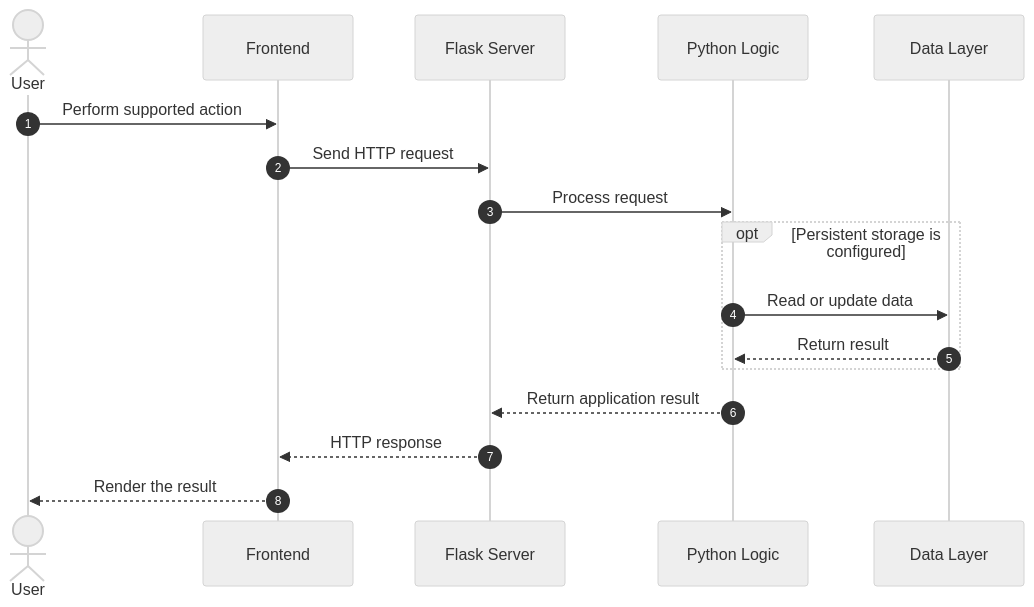
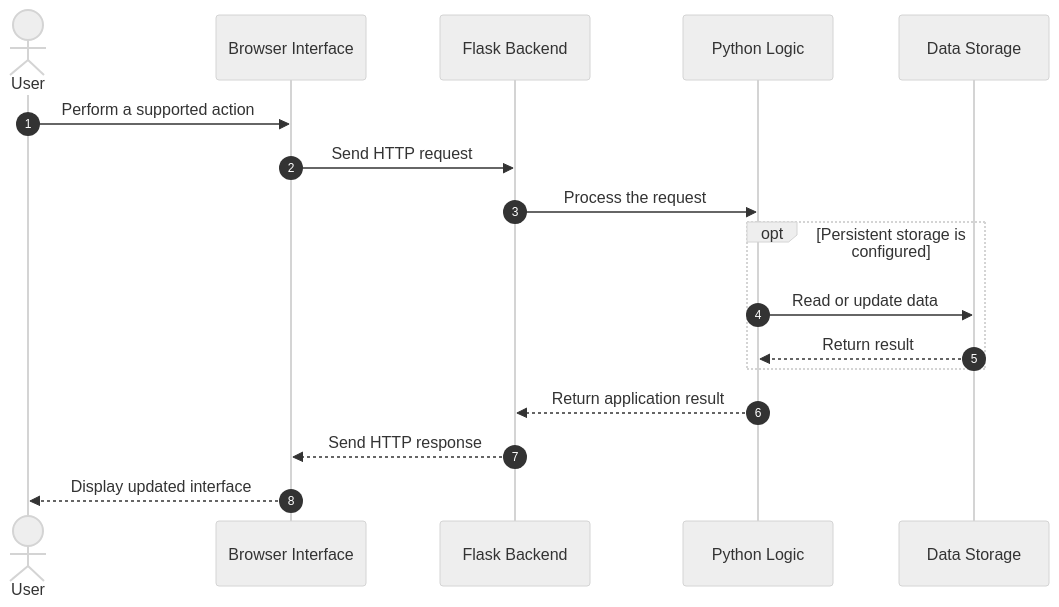
The second of 4 diagrams in README.md (maahii-in/first-pratice-2021), drawn with Mermaid (neutral theme) before and after one commit. The commit also changed other lines of this file, not shown here.

````diff
--- a/README.md
+++ b/README.md
@@ -494,20 +583,22 @@
 ```mermaid
 sequenceDiagram
     autonumber
     actor User
-    participant Browser as Frontend
-    participant Flask as Flask Server
+    participant UI as Browser Interface
+    participant Flask as Flask Backend
     participant Logic as Python Logic
-    participant Storage as Data Layer
+    participant Store as Data Storage
 
-    User->>Browser: Perform supported action
-    Browser->>Flask: Send HTTP request
-    Flask->>Logic: Process request
+    User->>UI: Perform a supported action
+    UI->>Flask: Send HTTP request
+    Flask->>Logic: Process the request
+
     opt Persistent storage is configured
-        Logic->>Storage: Read or update data
-        Storage-->>Logic: Return result
+        Logic->>Store: Read or update data
+        Store-->>Logic: Return result
     end
+
     Logic-->>Flask: Return application result
-    Flask-->>Browser: HTTP response
-    Browser-->>User: Render the result
+    Flask-->>UI: Send HTTP response
+    UI-->>User: Display updated interface
 ```
````
